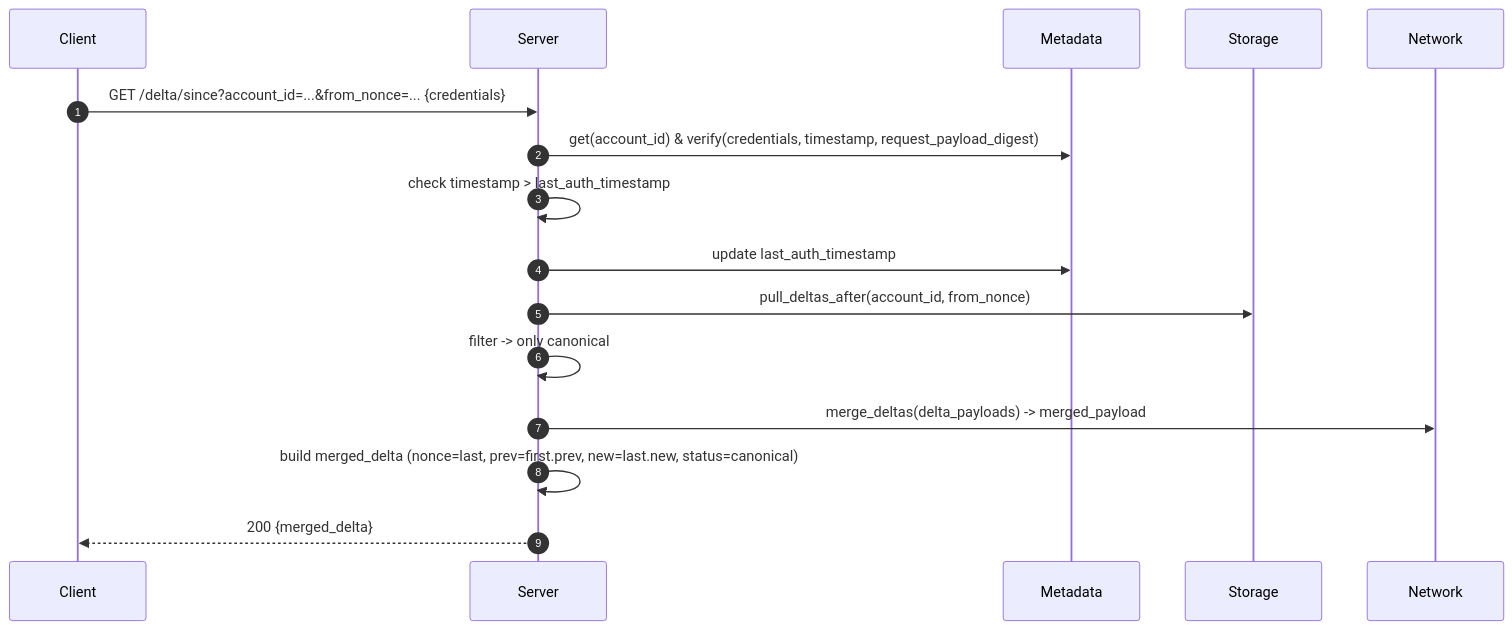
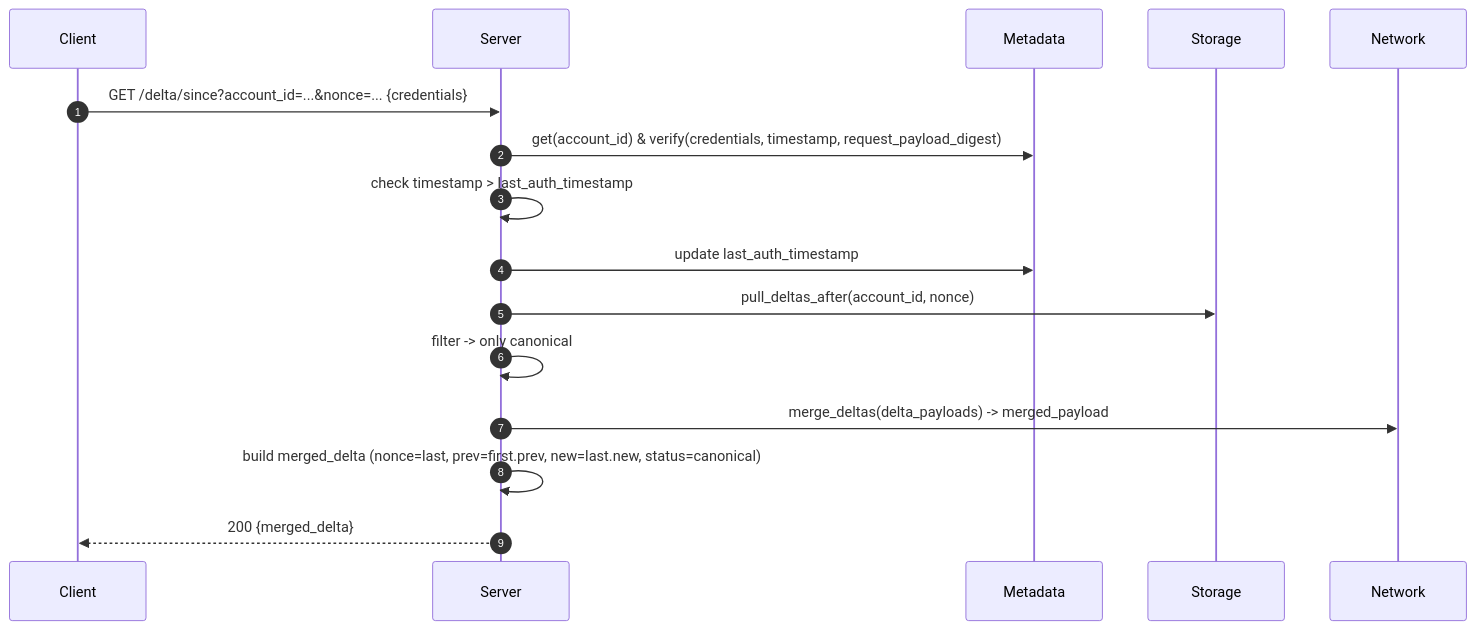
Before and after one commit to OpenZeppelin/guardian: the fifth of 9 diagrams in spec/processes.md, drawn with Mermaid. The commit also changed other lines of this file and 74 other files, not shown here.

````diff
--- a/spec/processes.md
+++ b/spec/processes.md
@@ -96,18 +113,18 @@
 ```mermaid
 sequenceDiagram
   autonumber
   participant C as Client
   participant S as Server
   participant M as Metadata
   participant ST as Storage
   participant N as Network
-  C->>S: GET /delta/since?account_id=...&from_nonce=... {credentials}
+  C->>S: GET /delta/since?account_id=...&nonce=... {credentials}
   S->>M: get(account_id) & verify(credentials, timestamp, request_payload_digest)
   S->>S: check timestamp > last_auth_timestamp
   S->>M: update last_auth_timestamp
-  S->>ST: pull_deltas_after(account_id, from_nonce)
+  S->>ST: pull_deltas_after(account_id, nonce)
   S->>S: filter -> only canonical
   S->>N: merge_deltas(delta_payloads) -> merged_payload
   S->>S: build merged_delta (nonce=last, prev=first.prev, new=last.new, status=canonical)
   S-->>C: 200 {merged_delta}
 ```
````
